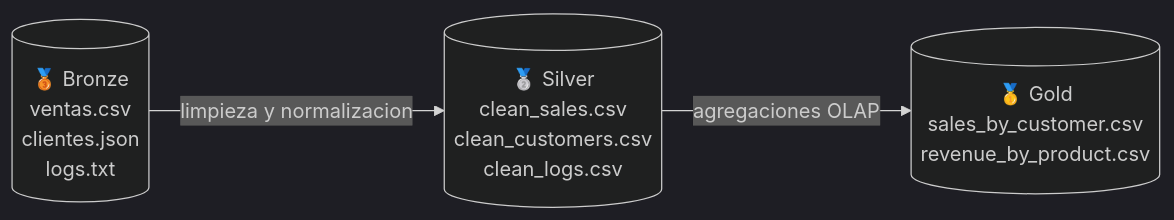
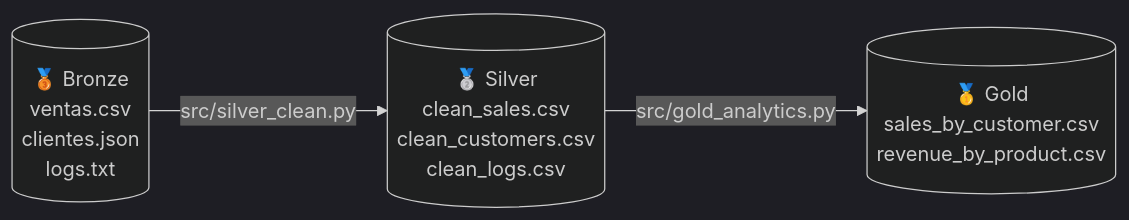
Before and after one commit to Ignaciobrenas/datacycle-mini-lakehouse: the diagram in README.md, drawn with Mermaid (dark theme). The commit also changed other lines of this file and 3 other files, not shown here.

````diff
--- a/README.md
+++ b/README.md
@@ -11,5 +11,5 @@
 ```mermaid
 flowchart LR
-    B[("🥉 Bronze<br/>ventas.csv<br/>clientes.json<br/>logs.txt")] -->|limpieza y normalizacion| S[("🥈 Silver<br/>clean_sales.csv<br/>clean_customers.csv<br/>clean_logs.csv")]
-    S -->|agregaciones OLAP| G[("🥇 Gold<br/>sales_by_customer.csv<br/>revenue_by_product.csv")]
+    B[("🥉 Bronze<br/>ventas.csv<br/>clientes.json<br/>logs.txt")] -->|src/silver_clean.py| S[("🥈 Silver<br/>clean_sales.csv<br/>clean_customers.csv<br/>clean_logs.csv")]
+    S -->|src/gold_analytics.py| G[("🥇 Gold<br/>sales_by_customer.csv<br/>revenue_by_product.csv")]
 ```
````
